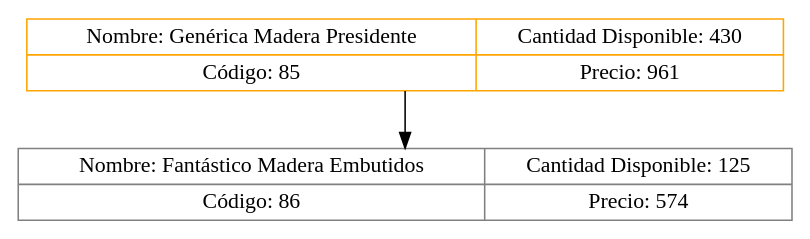
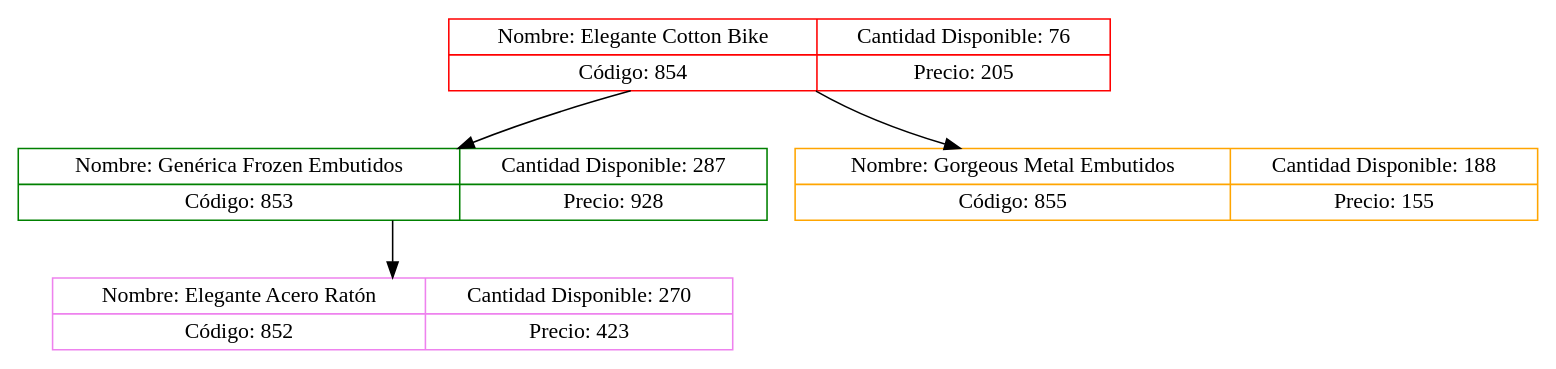
The diagram in cliente/src/ImagenArbol/ArbolProductos.dot (Daniel-Chicas/EDD_VirtualMall_201807079), drawn with Graphviz before and after one commit. The commit also changed 163 other files, not shown here.

```diff
--- a/cliente/src/ImagenArbol/ArbolProductos.dot
+++ b/cliente/src/ImagenArbol/ArbolProductos.dot
@@ -1,5 +1,9 @@
 digraph Arbol{node[shape="record"];
-node0xc0001fe620[label="{Nombre: Genérica Madera Presidente|Código: 85}|{Cantidad Disponible: 430|Precio: 961}" color="orange"];
-node0xc0001fe690[label="{Nombre: Fantástico Madera Embutidos|Código: 86}|{Cantidad Disponible: 125|Precio: 574}" color="gray"];
-node0xc0001fe620:f2->node0xc0001fe690:f1
+node0xc0002107e0[label="{Nombre: Elegante Cotton Bike|Código: 854}|{Cantidad Disponible: 76|Precio: 205}" color="red"];
+node0xc000210850[label="{Nombre: Genérica Frozen Embutidos|Código: 853}|{Cantidad Disponible: 287|Precio: 928}" color="green"];
+node0xc0002107e0:f0->node0xc000210850:f1
+node0xc0002108c0[label="{Nombre: Elegante Acero Ratón|Código: 852}|{Cantidad Disponible: 270|Precio: 423}" color="violet"];
+node0xc000210850:f0->node0xc0002108c0:f1
+node0xc000210770[label="{Nombre: Gorgeous Metal Embutidos|Código: 855}|{Cantidad Disponible: 188|Precio: 155}" color="orange"];
+node0xc0002107e0:f2->node0xc000210770:f1
 }
```
